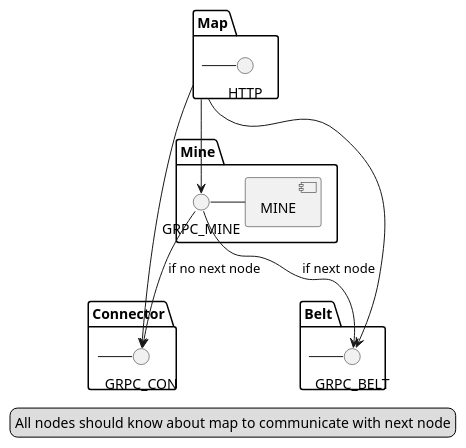
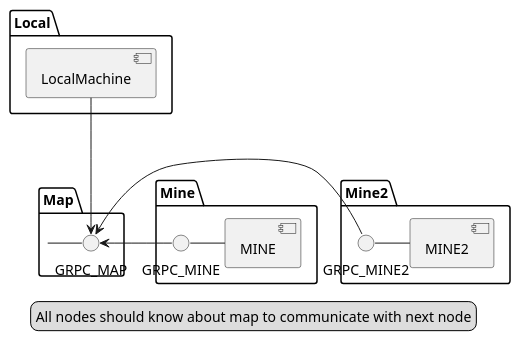
One commit to overmesgit/factorio changed the diagram in diagram.puml. Above: the diagram before and after it, drawn with PlantUML. The commit also changed 12 other files, not shown here.

```diff
--- a/diagram.puml
+++ b/diagram.puml
@@ -1,38 +1,34 @@
 @startuml
 'https://plantuml.com/component-diagram
 
+package "Local" {
+  [LocalMachine]
+}
+
 package "Map" {
-  HTTP - [Map]
+  GRPC_MAP - [Map]
 }
 
 package "Mine" {
   GRPC_MINE - [MINE]
 }
 
-package "Connector" {
-  GRPC_CON - [Connector]
-}
-
-package "Belt" {
-  GRPC_BELT - [Belt]
+package "Mine2" {
+  GRPC_MINE2 - [MINE2]
 }
 
 
-
-
-[Map] --> [GRPC_MINE]
-[Map] --> [GRPC_CON]
-[Map] --> [GRPC_BELT]
-[GRPC_MINE] --> [GRPC_CON] : "if no next node"
-[GRPC_MINE] --> [GRPC_BELT] : "if next node"
+[LocalMachine] ---> [GRPC_MAP]
+[GRPC_MINE] -> [GRPC_MAP]
+[GRPC_MINE2] -> [GRPC_MAP]
 
 legend "All nodes should know about map to communicate with next node"
 
 
 'cloud {
 '}
 '
 'database "MySql" {
 '}
 
 @enduml
```
